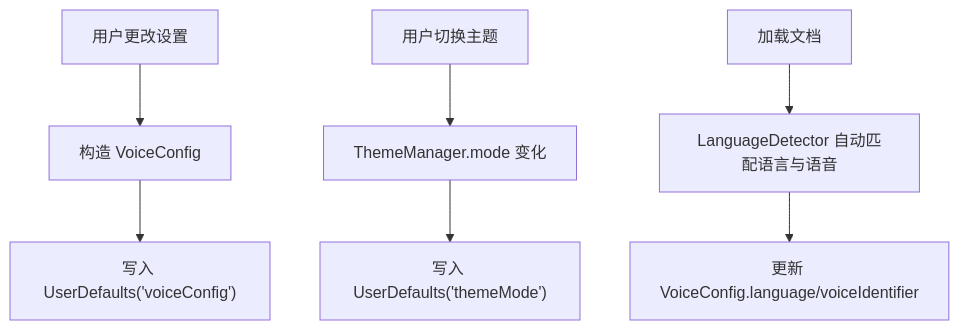
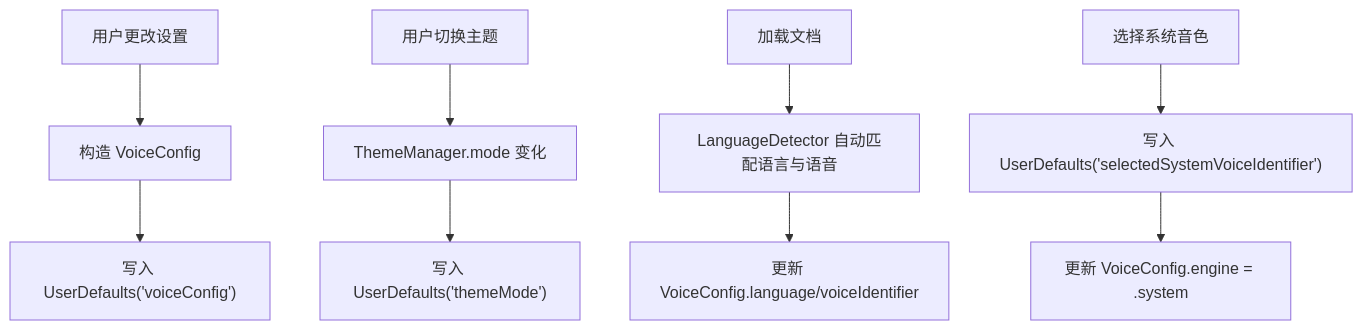
Before and after one commit to Primoguo/Knowledge: the eighth of 9 diagrams in .qoder/repowiki/zh/content/用户界面设计/设置界面/设置界面.md, drawn with Mermaid. The commit also changed other lines of this file and 52 other files, not shown here.

````diff
--- a/.qoder/repowiki/zh/content/用户界面设计/设置界面/设置界面.md
+++ b/.qoder/repowiki/zh/content/用户界面设计/设置界面/设置界面.md
@@ -305,9 +393,11 @@
 ```mermaid
 flowchart TD
 A["用户更改设置"] --> B["构造 VoiceConfig"]
 B --> C["写入 UserDefaults('voiceConfig')"]
 D["用户切换主题"] --> E["ThemeManager.mode 变化"]
 E --> F["写入 UserDefaults('themeMode')"]
 G["加载文档"] --> H["LanguageDetector 自动匹配语言与语音"]
 H --> I["更新 VoiceConfig.language/voiceIdentifier"]
+J["选择系统音色"] --> K["写入 UserDefaults('selectedSystemVoiceIdentifier')"]
+K --> L["更新 VoiceConfig.engine = .system"]
 ```
````
